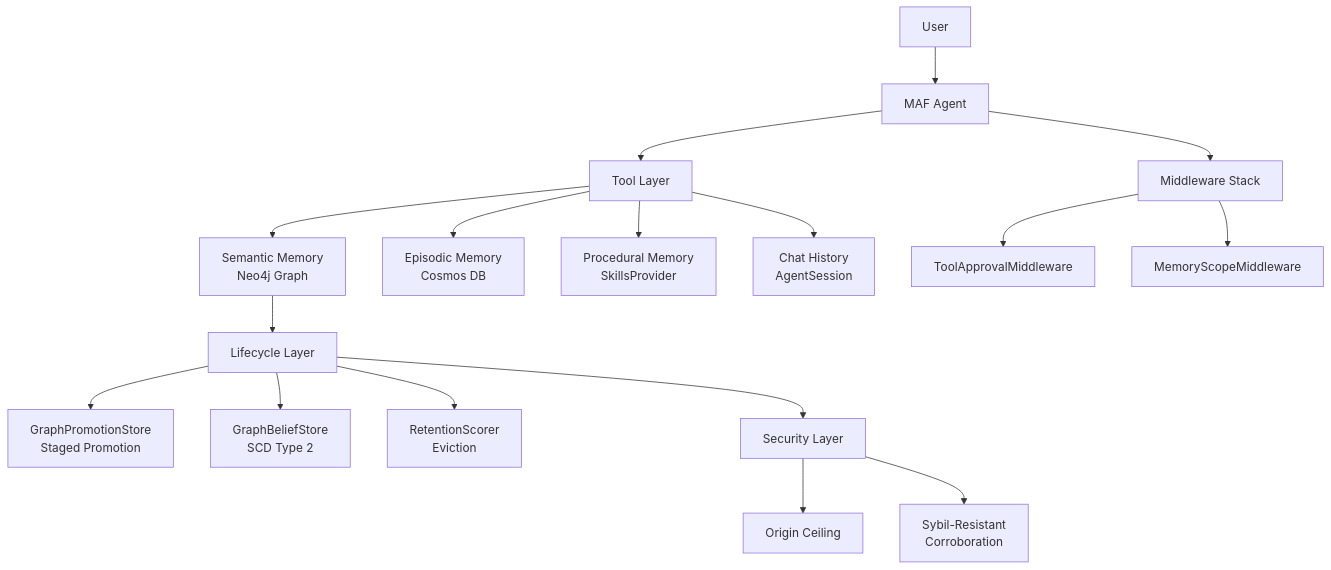
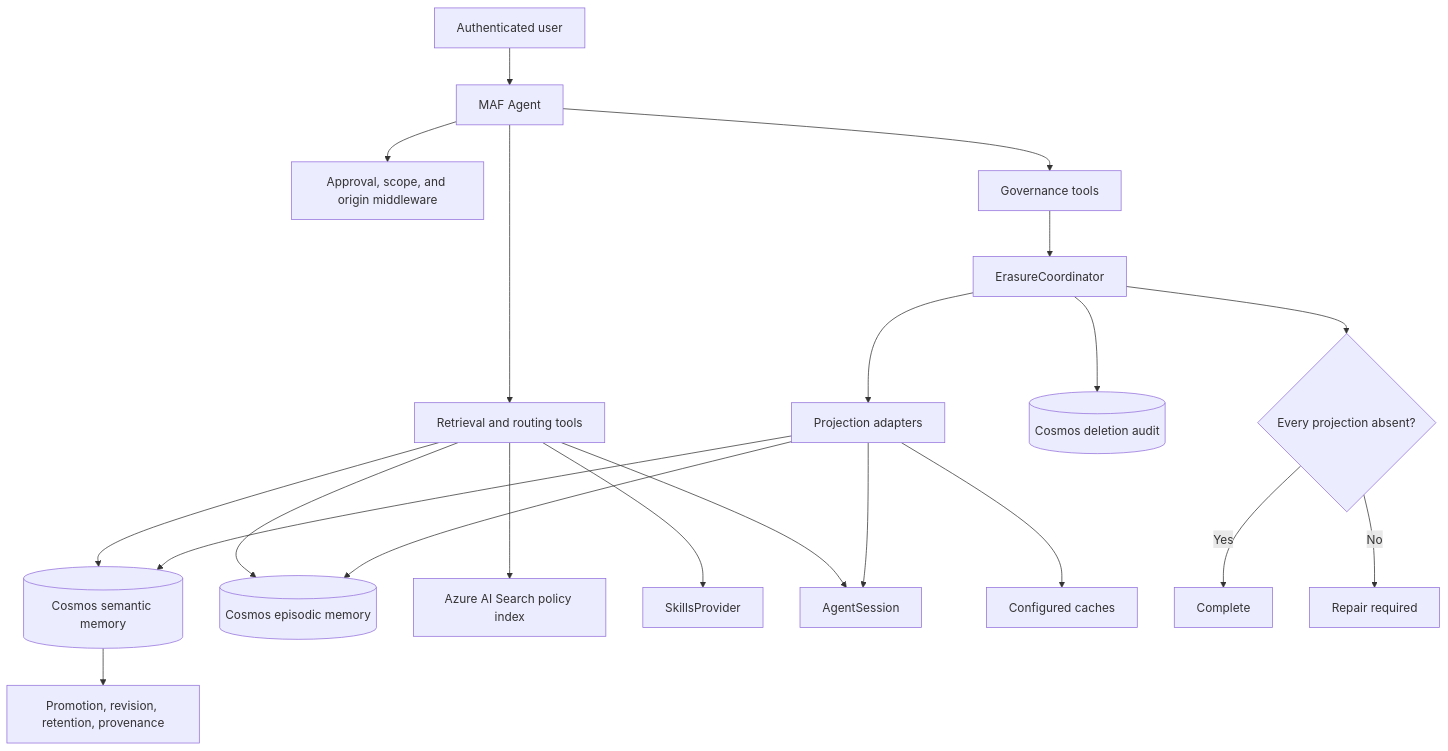
One commit to divssheth/agentic-memory changed the diagram in 10_unified_agent/implementation.md. Above: the diagram before and after it, drawn with Mermaid. The commit also changed other lines of this file and 5 other files, not shown here.

````diff
--- a/10_unified_agent/implementation.md
+++ b/10_unified_agent/implementation.md
@@ -110,22 +62,23 @@
 ```mermaid
-graph TB
-    User[User] --> Agent[MAF Agent]
-    Agent --> Tools[Tool Layer]
-    Tools --> SM[Semantic Memory<br/>Neo4j Graph]
-    Tools --> EM[Episodic Memory<br/>Cosmos DB]
-    Tools --> PM[Procedural Memory<br/>SkillsProvider]
-    Tools --> CH[Chat History<br/>AgentSession]
-
-    Agent --> MW[Middleware Stack]
-    MW --> TA[ToolApprovalMiddleware]
-    MW --> MS[MemoryScopeMiddleware]
-
-    SM --> LC[Lifecycle Layer]
-    LC --> GP[GraphPromotionStore<br/>Staged Promotion]
-    LC --> GB[GraphBeliefStore<br/>SCD Type 2]
-    LC --> RS[RetentionScorer<br/>Eviction]
-
-    LC --> SEC[Security Layer]
-    SEC --> OC[Origin Ceiling]
-    SEC --> SR[Sybil-Resistant<br/>Corroboration]
+flowchart TB
+    U[Authenticated user] --> A[MAF Agent]
+    A --> MW[Approval, scope, and origin middleware]
+    A --> RT[Retrieval and routing tools]
+    RT --> SM[(Cosmos semantic memory)]
+    RT --> EM[(Cosmos episodic memory)]
+    RT --> PS[Azure AI Search policy index]
+    RT --> SK[SkillsProvider]
+    RT --> SE[AgentSession]
+    SM --> LC[Promotion, revision, retention, provenance]
+    A --> GOV[Governance tools]
+    GOV --> EC[ErasureCoordinator]
+    EC --> PR[Projection adapters]
+    PR --> SM
+    PR --> EM
+    PR --> SE
+    PR --> CA[Configured caches]
+    EC --> DA[(Cosmos deletion audit)]
+    EC --> VR{Every projection absent?}
+    VR -->|Yes| OK[Complete]
+    VR -->|No| RR[Repair required]
 ```
````
